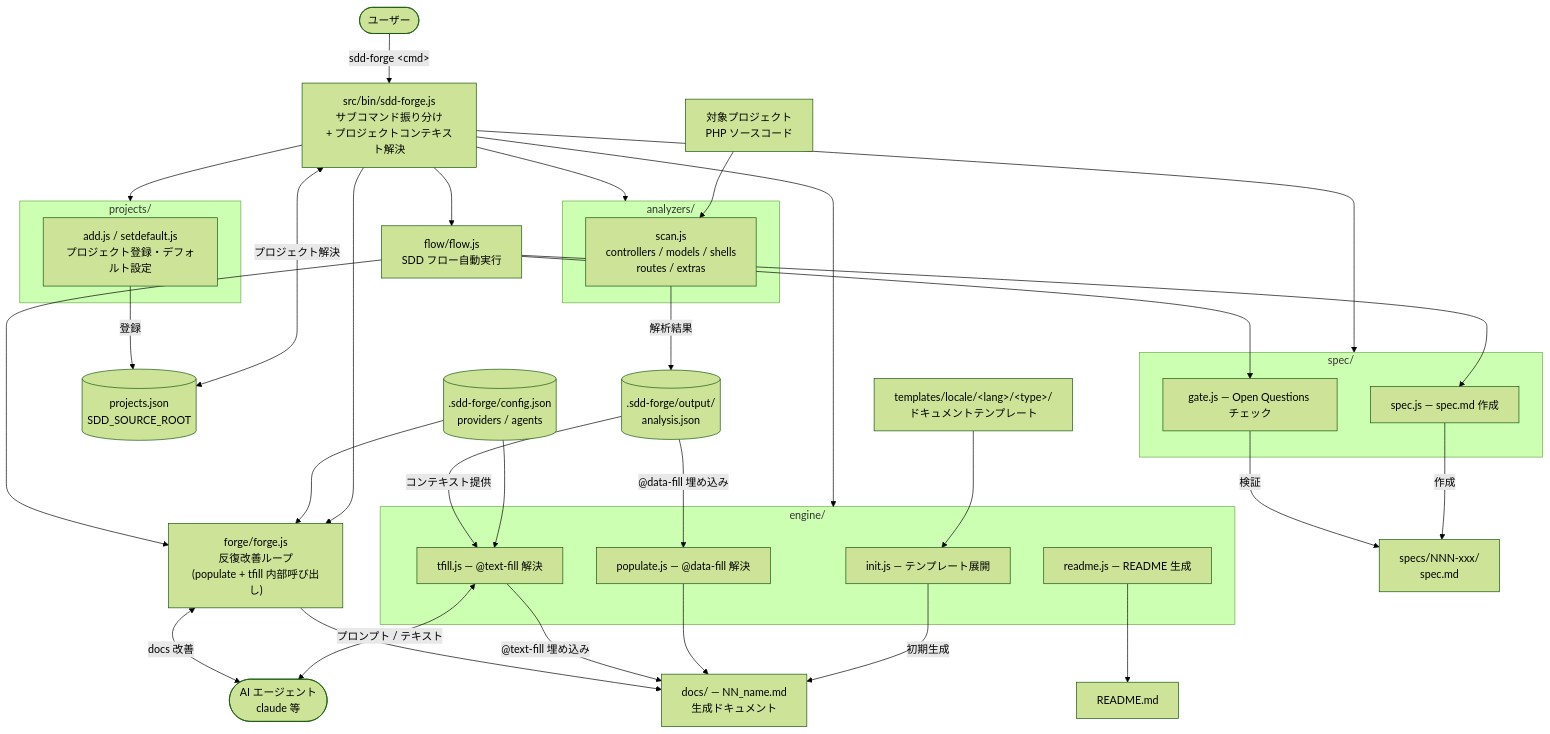
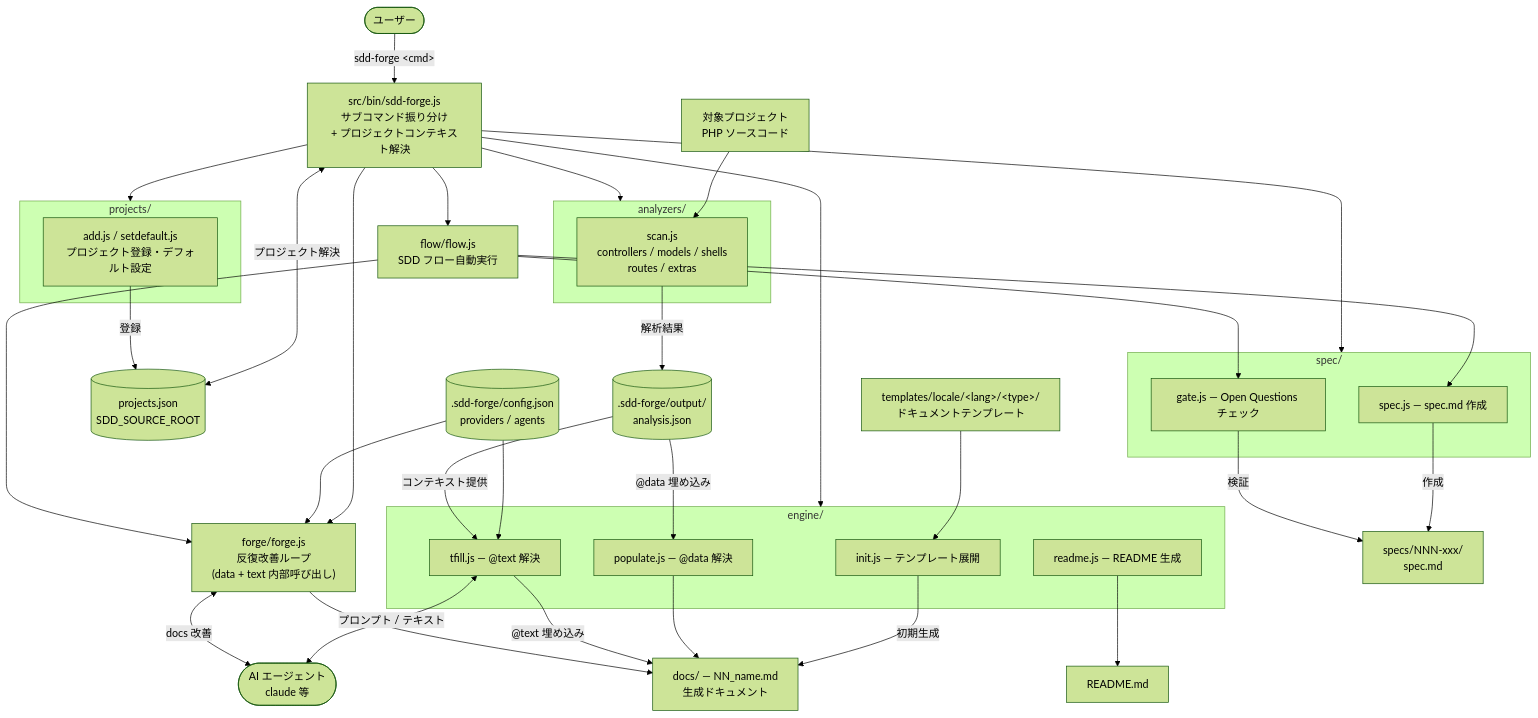
One commit to SpreadWorks/sdd-forge changed the diagram in docs/01_overview.md. Above: the diagram before and after it, drawn with Mermaid (forest theme). The commit also changed other lines of this file and 34 other files, not shown here.

First line of the commit message:
refactor: rename directives @data-fill/@text-fill to @data/@text, commands populate/tfill to data/text

````diff
--- a/docs/01_overview.md
+++ b/docs/01_overview.md
@@ -32,75 +32,75 @@
 ```mermaid
 flowchart TD
     User(["ユーザー"])
     CLI["src/bin/sdd-forge.js\nサブコマンド振り分け\n+ プロジェクトコンテキスト解決"]
 
     subgraph ProjMgmt["projects/"]
         Add["add.js / setdefault.js\nプロジェクト登録・デフォルト設定"]
     end
 
     subgraph SpecMgmt["spec/"]
         SpecCmd["spec.js — spec.md 作成"]
         GateCmd["gate.js — Open Questions チェック"]
     end
 
     subgraph Analyzers["analyzers/"]
         Scan["scan.js\ncontrollers / models / shells\nroutes / extras"]
     end
 
     subgraph Eng["engine/"]
         Init["init.js — テンプレート展開"]
-        Populate["populate.js — @data-fill 解決"]
-        TFill["tfill.js — @text-fill 解決"]
+        Populate["populate.js — @data 解決"]
+        TFill["tfill.js — @text 解決"]
         Readme["readme.js — README 生成"]
     end
 
-    Forge["forge/forge.js\n反復改善ループ\n(populate + tfill 内部呼び出し)"]
+    Forge["forge/forge.js\n反復改善ループ\n(data + text 内部呼び出し)"]
     Flow["flow/flow.js\nSDD フロー自動実行"]
 
     ProjectsJSON[("projects.json\nSDD_SOURCE_ROOT")]
     Config[(".sdd-forge/config.json\nproviders / agents")]
     Templates["templates/locale/&lt;lang&gt;/&lt;type&gt;/\nドキュメントテンプレート"]
     PHPSrc["対象プロジェクト\nPHP ソースコード"]
     AnalysisJSON[(".sdd-forge/output/\nanalysis.json")]
     DocsDir["docs/ — NN_name.md\n生成ドキュメント"]
     SpecsDir["specs/NNN-xxx/\nspec.md"]
     ReadmeMd["README.md"]
     AIAgent(["AI エージェント\nclaude 等"])
 
     User -->|"sdd-forge &lt;cmd&gt;"| CLI
     CLI <-->|"プロジェクト解決"| ProjectsJSON
     CLI --> ProjMgmt
     CLI --> SpecMgmt
     CLI --> Analyzers
     CLI --> Eng
     CLI --> Forge
     CLI --> Flow
 
     Add -->|"登録"| ProjectsJSON
     SpecCmd -->|"作成"| SpecsDir
     GateCmd -->|"検証"| SpecsDir
 
     PHPSrc --> Scan
     Scan -->|"解析結果"| AnalysisJSON
 
     Templates --> Init
     Init -->|"初期生成"| DocsDir
 
-    AnalysisJSON -->|"@data-fill 埋め込み"| Populate
+    AnalysisJSON -->|"@data 埋め込み"| Populate
     Populate --> DocsDir
 
     Config --> TFill
     AnalysisJSON -->|"コンテキスト提供"| TFill
     TFill <-->|"プロンプト / テキスト"| AIAgent
-    TFill -->|"@text-fill 埋め込み"| DocsDir
+    TFill -->|"@text 埋め込み"| DocsDir
 
     Config --> Forge
     Forge <-->|"docs 改善"| AIAgent
     Forge --> DocsDir
 
     Readme --> ReadmeMd
 
     Flow --> SpecCmd
     Flow --> GateCmd
     Flow --> Forge
 ```
````
